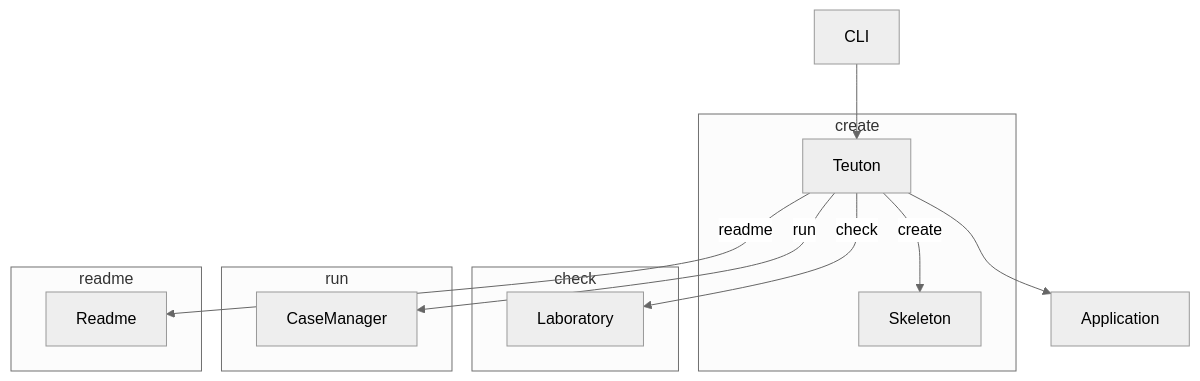
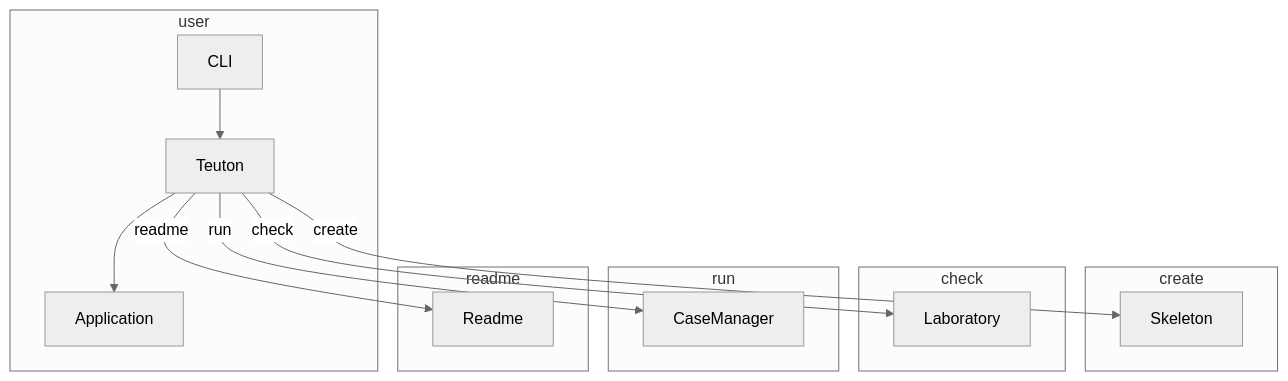
One commit to teuton-software/teuton changed the diagram in docs/diagram.md. Above: the diagram before and after it, drawn with Mermaid (neutral theme).

````diff
--- a/docs/diagram.md
+++ b/docs/diagram.md
@@ -5,22 +5,24 @@
 ```mermaid
 flowchart TB
 
+subgraph user
   CLI --> Teuton
   Teuton --> Application
+end
 
 subgraph create
   Teuton -- create --> Skeleton
 end
 
 subgraph check
   Teuton -- check --> Laboratory
 end
 
 subgraph run
   Teuton -- run --> CaseManager
 end
 
 subgraph readme
   Teuton -- readme --> Readme
 end
 ```
````
